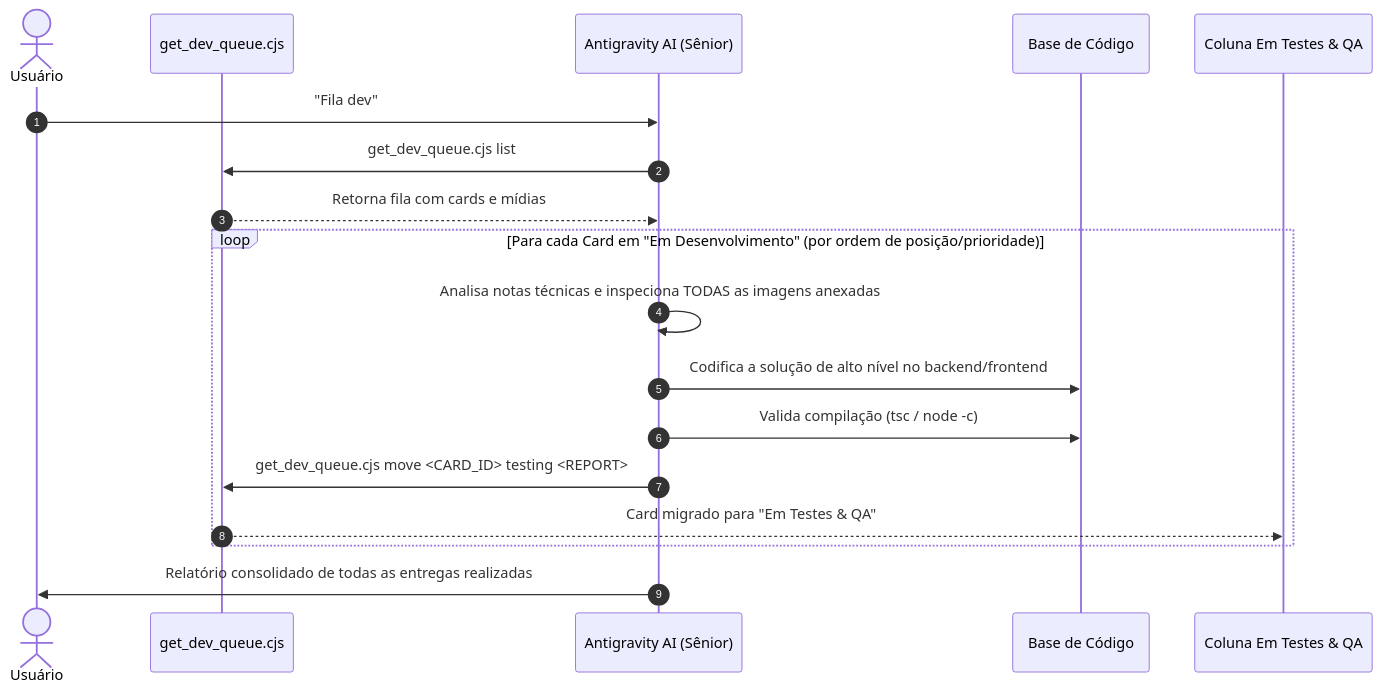
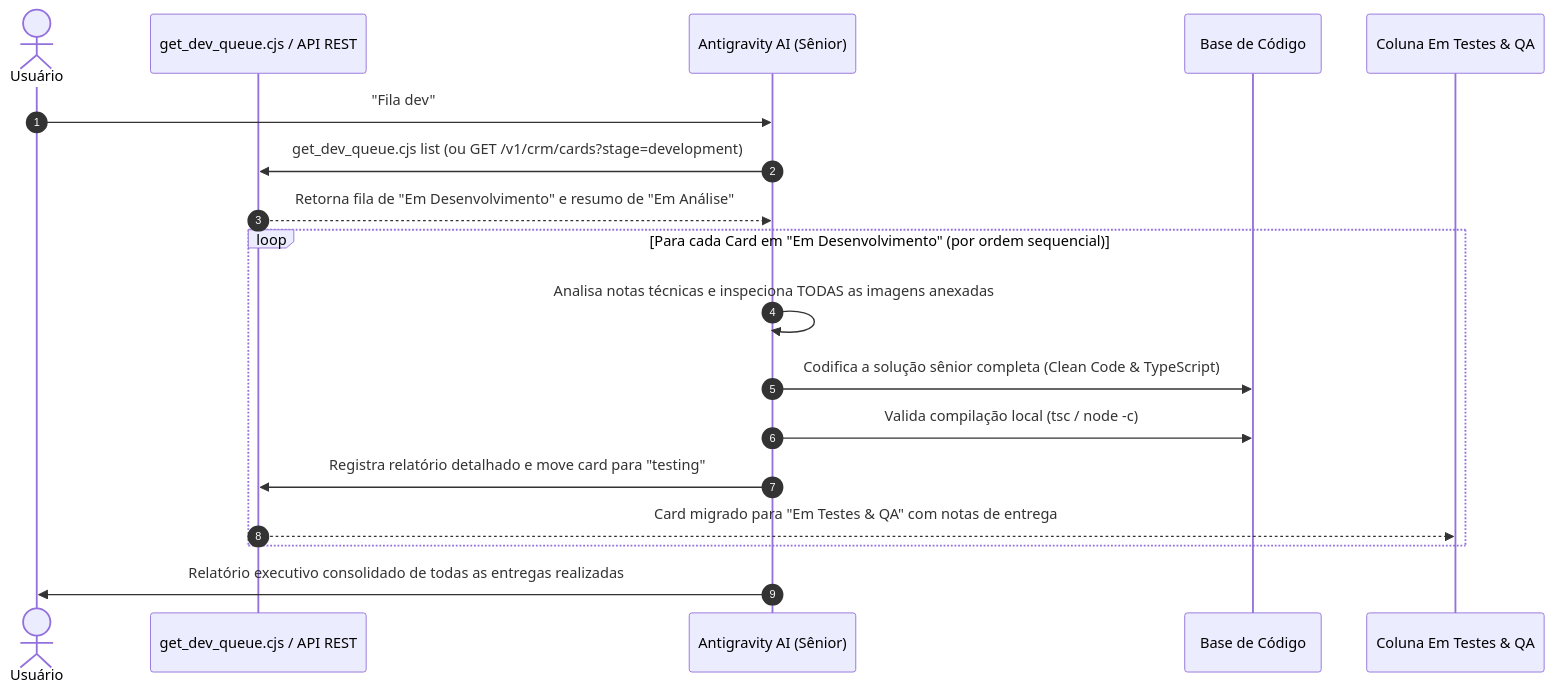
One commit to RonaldoXpointSolucoes/server-chatbot changed the second of 2 diagrams in .agents/skills/fila-dev/SKILL.md. Above: the diagram before and after it, drawn with Mermaid. The commit also changed other lines of this file and 5 other files, not shown here.

Commit message:
feat(crm): v7.5.7 - criador de skill para IAs, api rest kanban e governanca da fila dev

````diff
--- a/.agents/skills/fila-dev/SKILL.md
+++ b/.agents/skills/fila-dev/SKILL.md
@@ -52,21 +66,21 @@
 ```mermaid
 sequenceDiagram
     autonumber
     actor User as Usuário
-    participant Script as get_dev_queue.cjs
+    participant Script as get_dev_queue.cjs / API REST
     participant AI as Antigravity AI (Sênior)
     participant Code as Base de Código
     participant QA as Coluna Em Testes & QA
 
     User->>AI: "Fila dev"
-    AI->>Script: get_dev_queue.cjs list
-    Script-->>AI: Retorna fila com cards e mídias
-    loop Para cada Card em "Em Desenvolvimento" (por ordem de posição/prioridade)
+    AI->>Script: get_dev_queue.cjs list (ou GET /v1/crm/cards?stage=development)
+    Script-->>AI: Retorna fila de "Em Desenvolvimento" e resumo de "Em Análise"
+    loop Para cada Card em "Em Desenvolvimento" (por ordem sequencial)
         AI->>AI: Analisa notas técnicas e inspeciona TODAS as imagens anexadas
-        AI->>Code: Codifica a solução de alto nível no backend/frontend
-        AI->>Code: Valida compilação (tsc / node -c)
-        AI->>Script: get_dev_queue.cjs move <CARD_ID> testing <REPORT>
-        Script-->>QA: Card migrado para "Em Testes & QA"
+        AI->>Code: Codifica a solução sênior completa (Clean Code & TypeScript)
+        AI->>Code: Valida compilação local (tsc / node -c)
+        AI->>Script: Registra relatório detalhado e move card para "testing"
+        Script-->>QA: Card migrado para "Em Testes & QA" com notas de entrega
     end
-    AI->>User: Relatório consolidado de todas as entregas realizadas
+    AI->>User: Relatório executivo consolidado de todas as entregas realizadas
 ```
````
